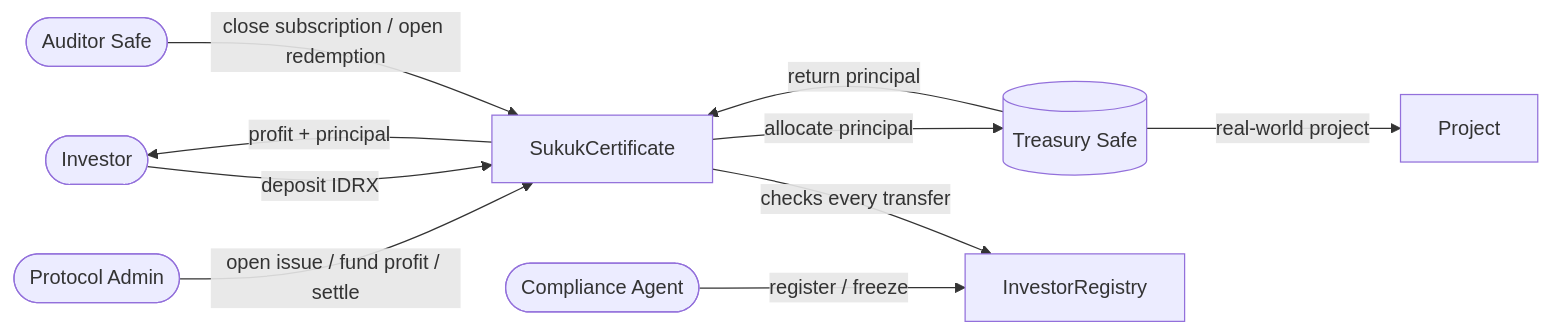
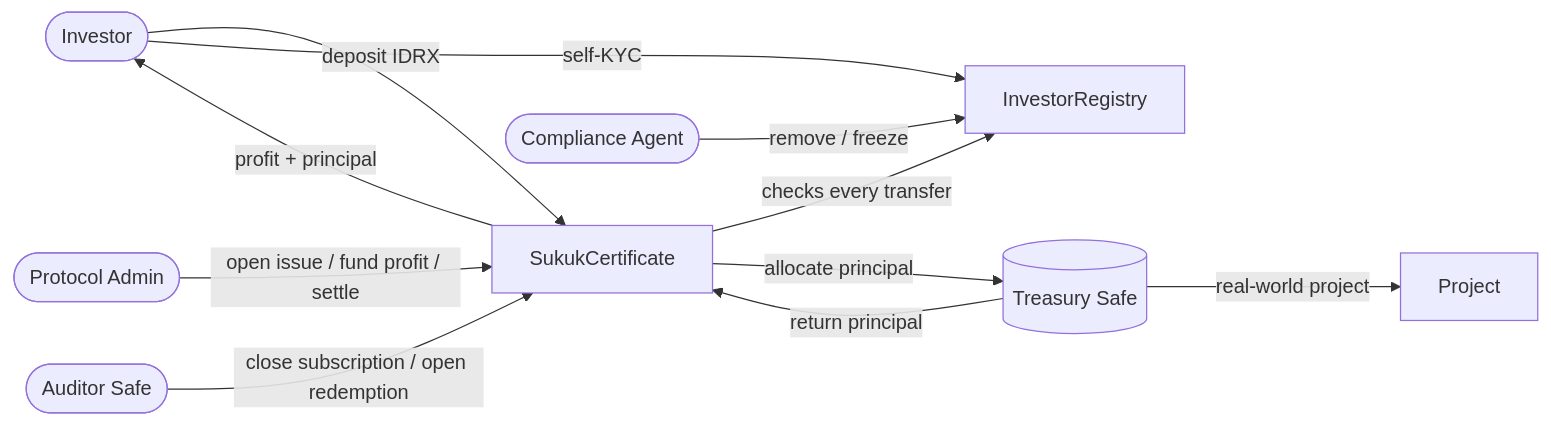
Before and after one commit to riyqnn/ethsukuk: the diagram in README.md, drawn with Mermaid. The commit also changed other lines of this file and 8 other files, not shown here.

First line of the commit message:
feat: self-service KYC

````diff
--- a/README.md
+++ b/README.md
@@ -58,12 +59,13 @@
 ```mermaid
 flowchart LR
     Investor([Investor]) -- deposit IDRX --> Cert[SukukCertificate]
     Cert -- checks every transfer --> Reg[InvestorRegistry]
-    Agent([Compliance Agent]) -- register / freeze --> Reg
+    Investor -- self-KYC --> Reg
+    Agent([Compliance Agent]) -- remove / freeze --> Reg
     Protocol([Protocol Admin]) -- open issue / fund profit / settle --> Cert
     Auditor([Auditor Safe]) -- close subscription / open redemption --> Cert
     Cert -- allocate principal --> Treasury[(Treasury Safe)]
     Treasury -- real-world project --> Project[Project]
     Treasury -- return principal --> Cert
     Cert -- profit + principal --> Investor
 ```
````
